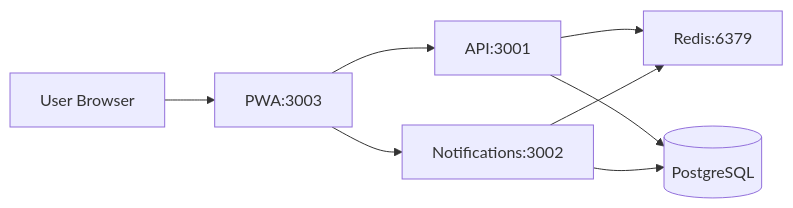
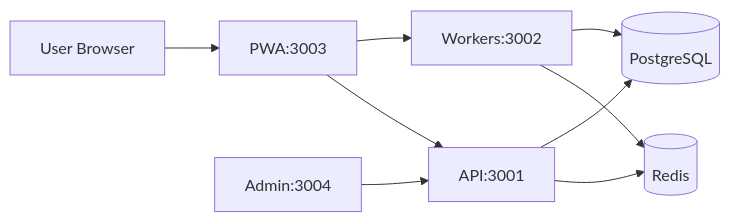
One commit to incentyvise/tabit changed the first of 2 diagrams in README.md. Above: the diagram before and after it, drawn with Mermaid. The commit also changed other lines of this file, not shown here.

Commit message:
docs: update README for workers, admin, Doppler and cloud compose

````diff
--- a/README.md
+++ b/README.md
@@ -165,10 +174,11 @@
 ```mermaid
 graph LR
     User[User Browser] --> PWA[PWA:3003]
     PWA --> API[API:3001]
-    PWA --> WS[Notifications:3002]
-    API --> Redis[Redis:6379]
+    PWA --> Workers[Workers:3002]
+    Admin[Admin:3004] --> API
+    API --> Redis[(Redis)]
     API --> DB[(PostgreSQL)]
-    WS --> Redis
-    WS --> DB
+    Workers --> Redis
+    Workers --> DB
 ```
````
